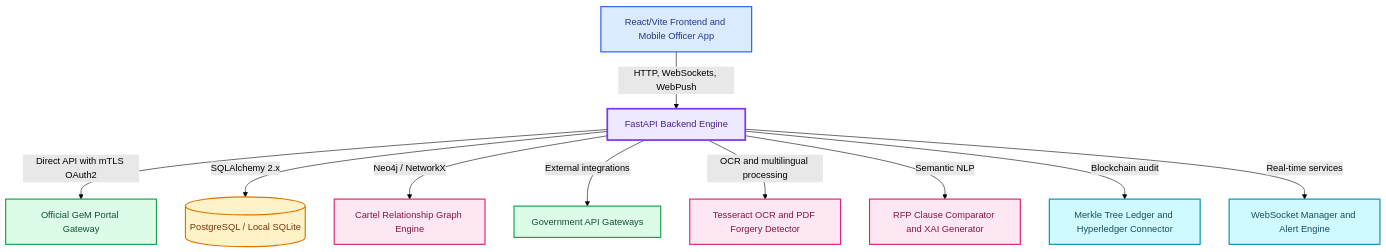
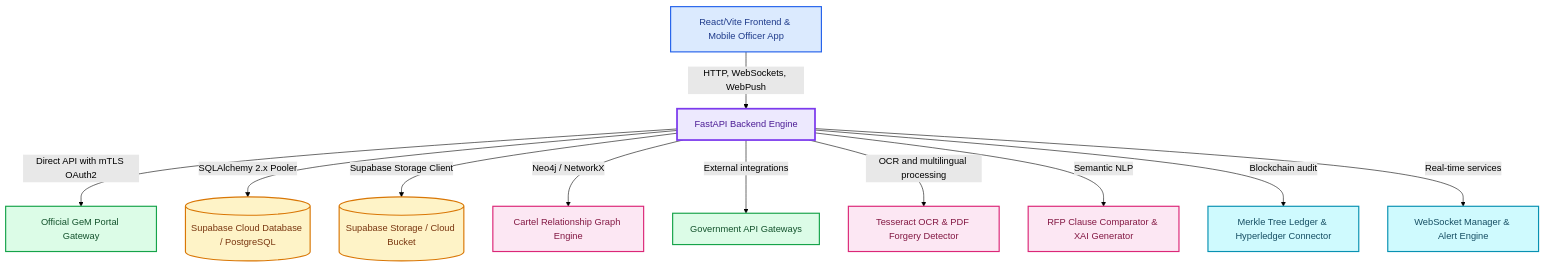
Before and after one commit to Yogeshsingh123-LAB/-AI-Powered-Integrated-Bid-Compliance-Verification-Platform-for-GeM-Procurement: the diagram in README.md, drawn with Mermaid (forest theme). The commit also changed other lines of this file and 3 other files, not shown here.

Commit message:
fix: enforce global Supabase cloud data synchronization & update README

````diff
--- a/README.md
+++ b/README.md
@@ -31,26 +31,27 @@
 ```mermaid
 flowchart TD
-    A["React/Vite Frontend and Mobile Officer App"] -->|"HTTP, WebSockets, WebPush"| B["FastAPI Backend Engine"]
+    A["React/Vite Frontend & Mobile Officer App"] -->|"HTTP, WebSockets, WebPush"| B["FastAPI Backend Engine"]
     B -->|"Direct API with mTLS OAuth2"| GeM["Official GeM Portal Gateway"]
-    B -->|"SQLAlchemy 2.x"| C[("PostgreSQL / Local SQLite")]
+    B -->|"SQLAlchemy 2.x Pooler"| C[("Supabase Cloud Database / PostgreSQL")]
+    B -->|"Supabase Storage Client"| S[("Supabase Storage / Cloud Bucket")]
     B -->|"Neo4j / NetworkX"| D["Cartel Relationship Graph Engine"]
     B -->|"External integrations"| E["Government API Gateways"]
-    B -->|"OCR and multilingual processing"| F["Tesseract OCR and PDF Forgery Detector"]
-    B -->|"Semantic NLP"| G["RFP Clause Comparator and XAI Generator"]
-    B -->|"Blockchain audit"| H["Merkle Tree Ledger and Hyperledger Connector"]
-    B -->|"Real-time services"| I["WebSocket Manager and Alert Engine"]
+    B -->|"OCR and multilingual processing"| F["Tesseract OCR & PDF Forgery Detector"]
+    B -->|"Semantic NLP"| G["RFP Clause Comparator & XAI Generator"]
+    B -->|"Blockchain audit"| H["Merkle Tree Ledger & Hyperledger Connector"]
+    B -->|"Real-time services"| I["WebSocket Manager & Alert Engine"]
 
     classDef client fill:#DBEAFE,stroke:#2563EB,color:#1E3A8A,stroke-width:2px
     classDef core fill:#EDE9FE,stroke:#7C3AED,color:#4C1D95,stroke-width:3px
     classDef portal fill:#DCFCE7,stroke:#16A34A,color:#14532D,stroke-width:2px
     classDef data fill:#FEF3C7,stroke:#D97706,color:#78350F,stroke-width:2px
     classDef analytics fill:#FCE7F3,stroke:#DB2777,color:#831843,stroke-width:2px
     classDef service fill:#CFFAFE,stroke:#0891B2,color:#164E63,stroke-width:2px
 
     class A client
     class B core
     class GeM,E portal
-    class C data
+    class C,S data
     class D,F,G analytics
     class H,I service
 ```
````
